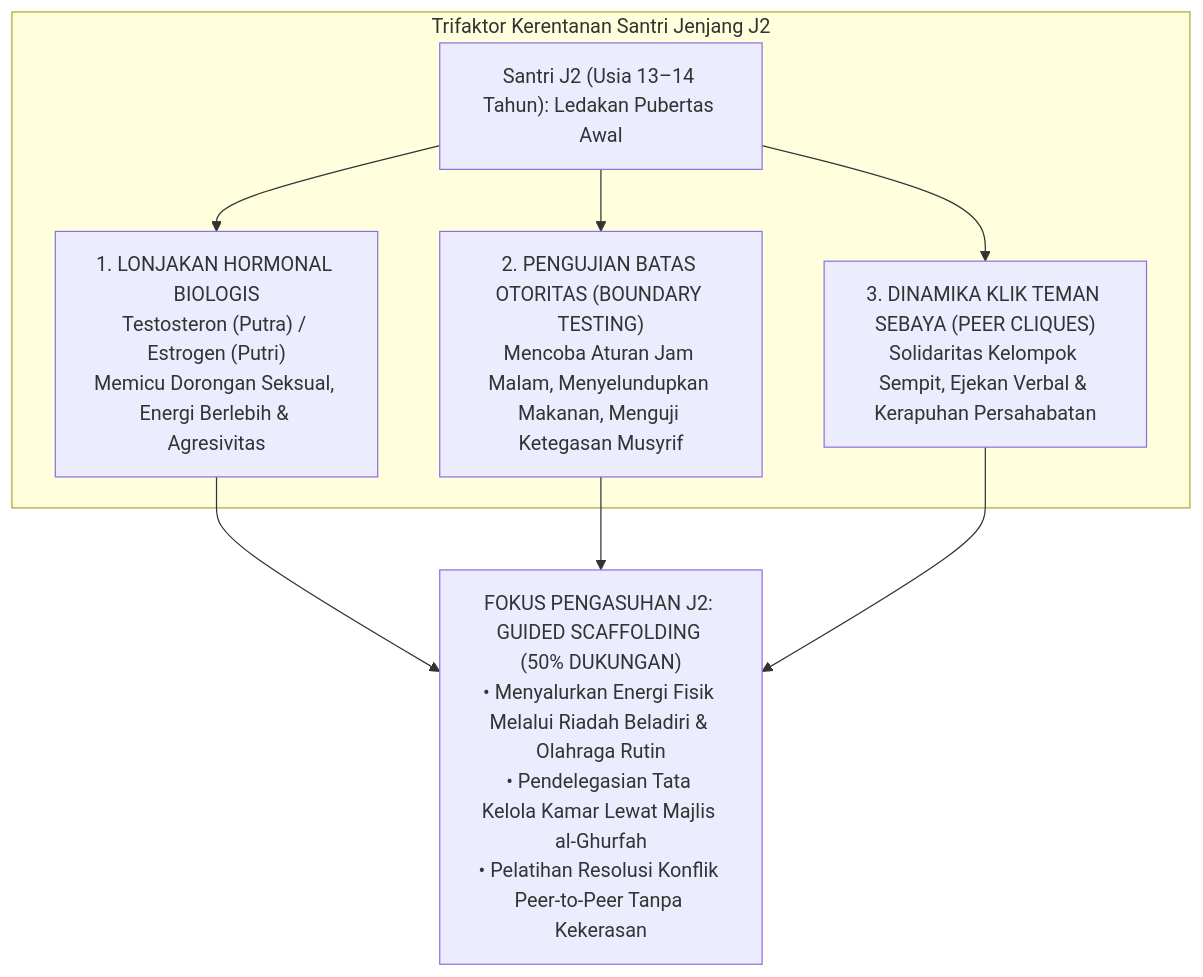
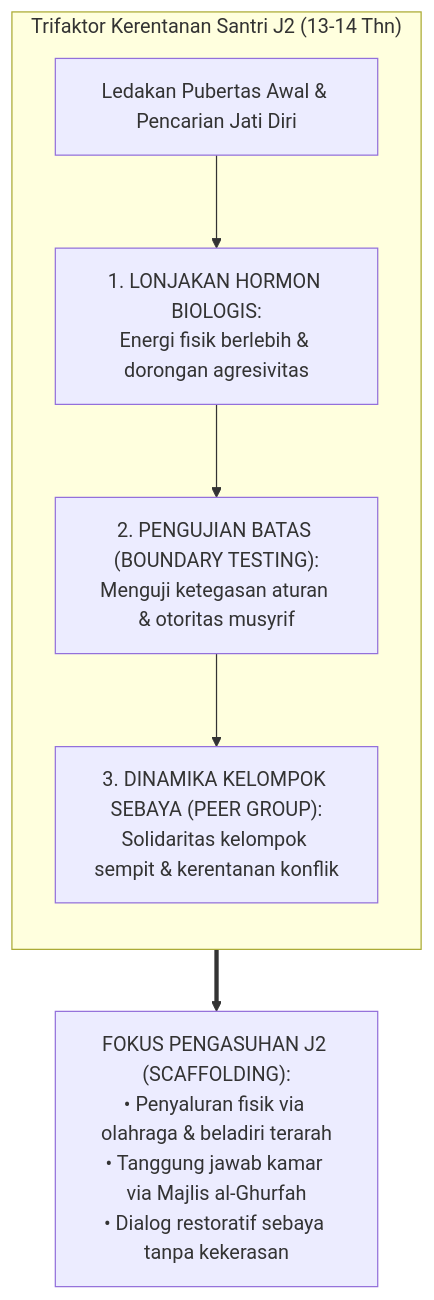
Before and after one commit to wandiapriliyandi/tumbuh: the second of 2 diagrams in BOOK Series 1/01-The-Fundamental-of-TUMBUH/Bab-13-Bedah-Jenjang-J1-dan-J2.md, drawn with Mermaid. The commit also changed other lines of this file and 35 other files, not shown here.

Commit message:
fix(book-01): optimasi keterbacaan diagram mermaid pada seluruh bab dan perbarui 20 file PDF

````diff
--- a/BOOK Series 1/01-The-Fundamental-of-TUMBUH/Bab-13-Bedah-Jenjang-J1-dan-J2.md
+++ b/BOOK Series 1/01-The-Fundamental-of-TUMBUH/Bab-13-Bedah-Jenjang-J1-dan-J2.md
@@ -118,14 +121,12 @@
 ```mermaid
 graph TD
-    subgraph BADAI_PUBERTAS_J2["Trifaktor Kerentanan Santri Jenjang J2"]
-        P["Santri J2 (Usia 13–14 Tahun): Ledakan Pubertas Awal"]
-        
-        P --> F1["1. LONJAKAN HORMONAL BIOLOGIS<br/>Testosteron (Putra) / Estrogen (Putri)<br/>Memicu Dorongan Seksual, Energi Berlebih & Agresivitas"]
-        
-        P --> F2["2. PENGUJIAN BATAS OTORITAS (BOUNDARY TESTING)<br/>Mencoba Aturan Jam Malam, Menyelundupkan Makanan, Menguji Ketegasan Musyrif"]
-        
-        P --> F3["3. DINAMIKA KLIK TEMAN SEBAYA (PEER CLIQUES)<br/>Solidaritas Kelompok Sempit, Ejekan Verbal & Kerapuhan Persahabatan"]
+    subgraph BADAI_PUBERTAS_J2["Trifaktor Kerentanan Santri J2 (13-14 Thn)"]
+        direction TB
+        P["Ledakan Pubertas Awal & Pencarian Jati Diri"]
+        --> F1["1. LONJAKAN HORMON BIOLOGIS:<br/>Energi fisik berlebih & dorongan agresivitas"]
+        --> F2["2. PENGUJIAN BATAS (BOUNDARY TESTING):<br/>Menguji ketegasan aturan & otoritas musyrif"]
+        --> F3["3. DINAMIKA KELOMPOK SEBAYA (PEER GROUP):<br/>Solidaritas kelompok sempit & kerentanan konflik"]
     end
 
-    F1 & F2 & F3 --> STRATEGI_J2["FOKUS PENGASUHAN J2: GUIDED SCAFFOLDING (50% DUKUNGAN)<br/>• Menyalurkan Energi Fisik Melalui Riadah Beladiri & Olahraga Rutin<br/>• Pendelegasian Tata Kelola Kamar Lewat Majlis al-Ghurfah<br/>• Pelatihan Resolusi Konflik Peer-to-Peer Tanpa Kekerasan"]
+    BADAI_PUBERTAS_J2 ==> STRATEGI_J2["FOKUS PENGASUHAN J2 (SCAFFOLDING):<br/>• Penyaluran fisik via olahraga & beladiri terarah<br/>• Tanggung jawab kamar via Majlis al-Ghurfah<br/>• Dialog restoratif sebaya tanpa kekerasan"]
 ```
````
